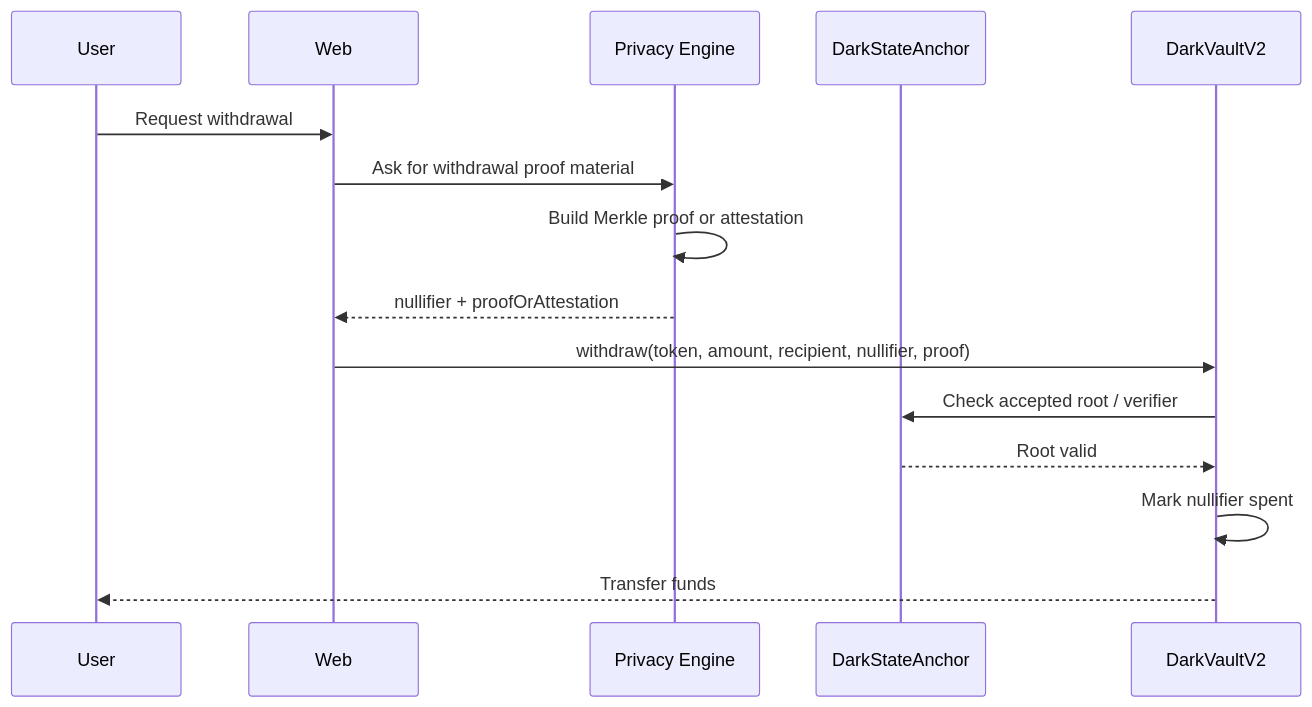
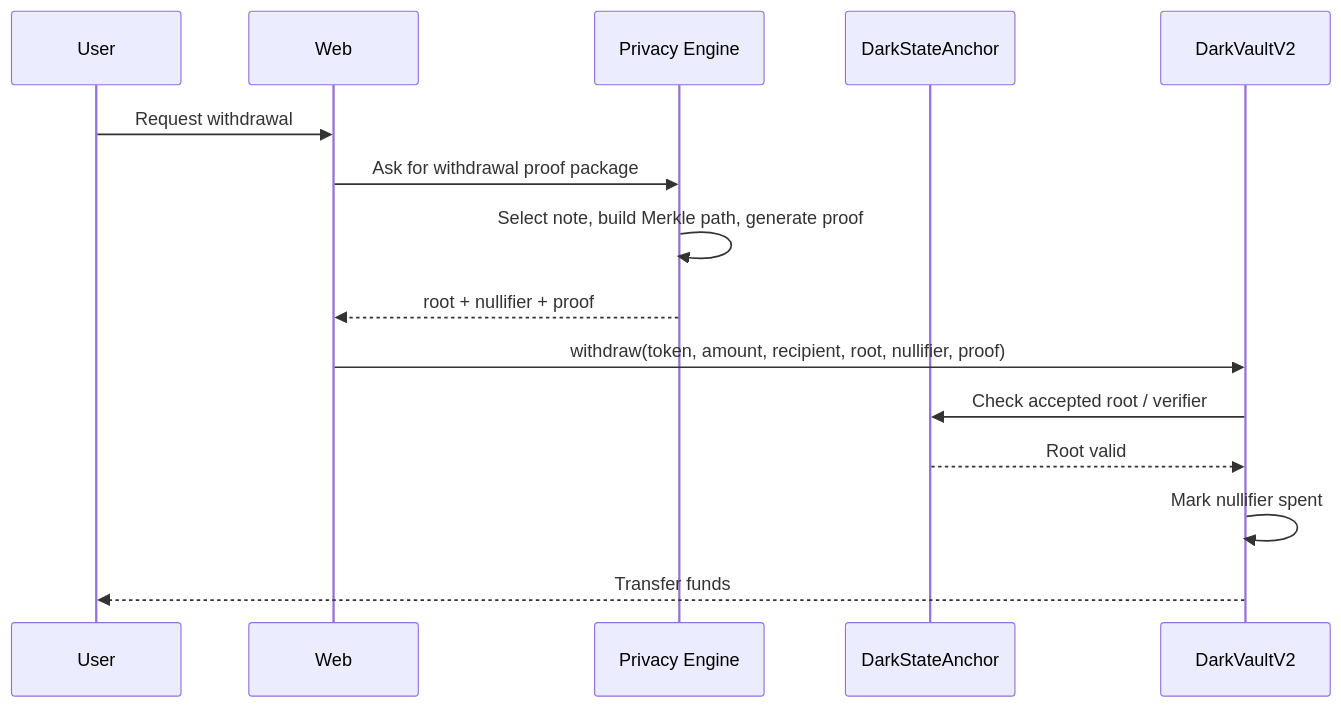
Before and after one commit to rofergon/Sinergy-project: the fifth of 5 diagrams in docs/privacy-engine-design.md, drawn with Mermaid. The commit also changed other lines of this file, not shown here.

Commit message:
feat: enhance privacy engine design with detailed architecture updates and proof-backed withdrawal improvements

````diff
--- a/docs/privacy-engine-design.md
+++ b/docs/privacy-engine-design.md
@@ -269,18 +281,18 @@
 ```mermaid
 sequenceDiagram
     participant U as User
     participant W as Web
     participant P as Privacy Engine
     participant A as DarkStateAnchor
     participant V as DarkVaultV2
 
     U->>W: Request withdrawal
-    W->>P: Ask for withdrawal proof material
-    P->>P: Build Merkle proof or attestation
-    P-->>W: nullifier + proofOrAttestation
-    W->>V: withdraw(token, amount, recipient, nullifier, proof)
+    W->>P: Ask for withdrawal proof package
+    P->>P: Select note, build Merkle path, generate proof
+    P-->>W: root + nullifier + proof
+    W->>V: withdraw(token, amount, recipient, root, nullifier, proof)
     V->>A: Check accepted root / verifier
     A-->>V: Root valid
     V->>V: Mark nullifier spent
     V-->>U: Transfer funds
 ```
````
